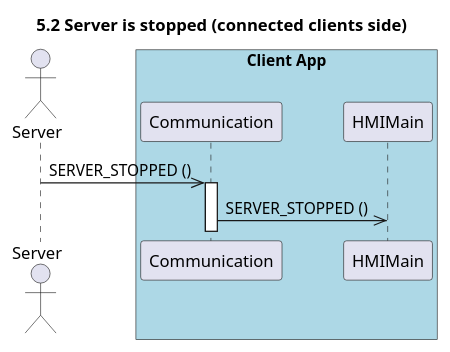
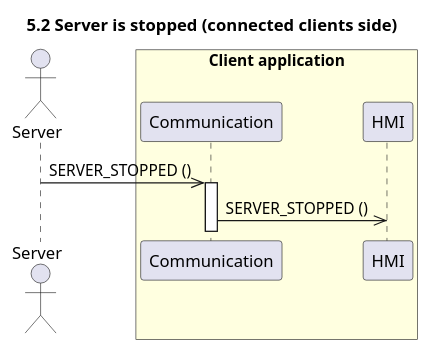
Before and after one commit to UTCAI12/Diagrams: the diagram in sequence/5.2.stop_server_others.puml, drawn with PlantUML. The commit also changed 4 other files, not shown here.

```diff
--- a/sequence/5.2.stop_server_others.puml
+++ b/sequence/5.2.stop_server_others.puml
@@ -1,16 +1,15 @@
 @startuml 5.2 Server is stopped (connected clients side)
 title 5.2 Server is stopped (connected clients side)
 
-actor Server as server
-
-box "Client App" #LightBlue
-    participant Communication as com
-    participant HMIMain as hmi
+actor "Server" as server
+box "Client application" #LightYellow
+    participant "Communication" as com
+    participant "HMI" as hmi
 end box
 
 server ->> com : SERVER_STOPPED ()
 
 activate com
 com ->> hmi : SERVER_STOPPED ()
 
 @enduml
```
